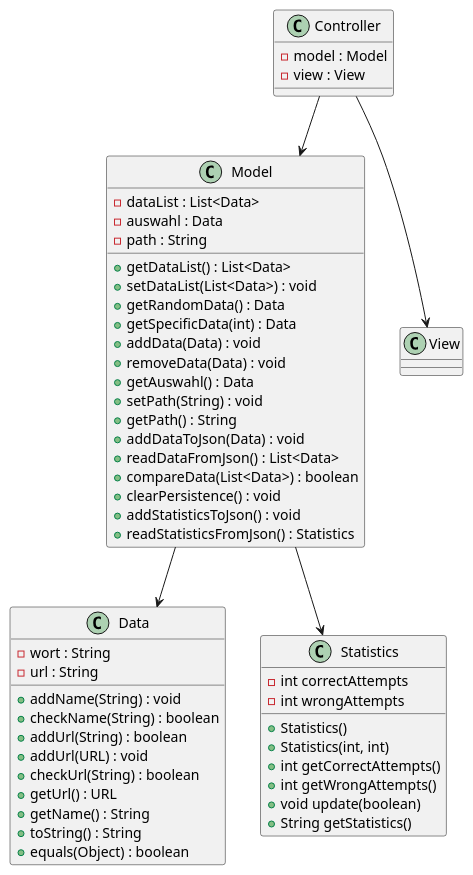
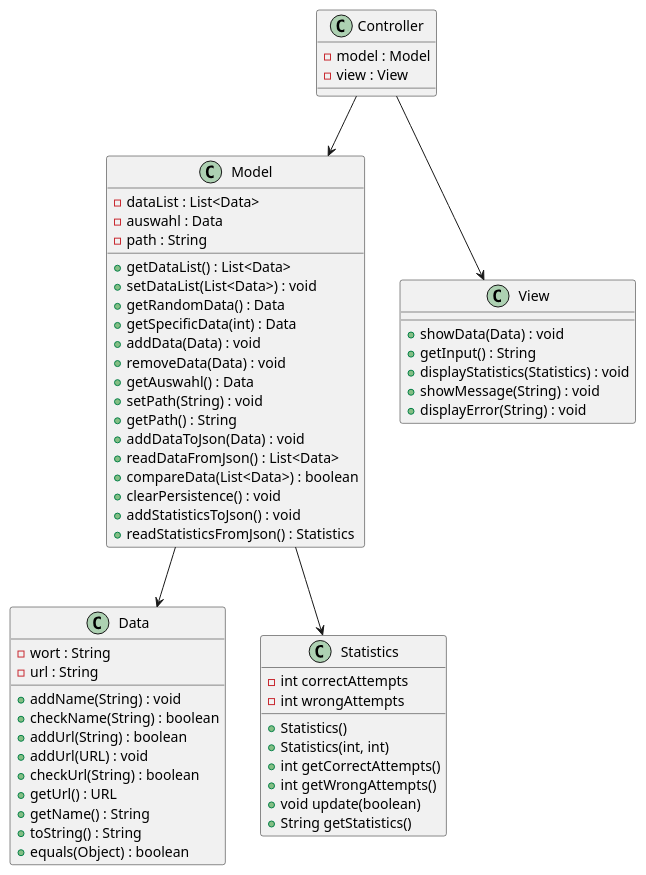
The diagram in worttrainer-reloaded.puml (TGM-HIT/sew9-2425-worttrainer-kbau3r), drawn with PlantUML before and after one commit.

Commit message:
View UML finished

```diff
--- a/worttrainer-reloaded.puml
+++ b/worttrainer-reloaded.puml
@@ -1,63 +1,68 @@
 @startuml
 'title: Worttrainer Reloaded - kbauer'
 
 class Model {
   -dataList : List<Data>
   -auswahl : Data
   -path : String
   +getDataList() : List<Data>
   +setDataList(List<Data>) : void
   +getRandomData() : Data
   +getSpecificData(int) : Data
   +addData(Data) : void
   +removeData(Data) : void
   +getAuswahl() : Data
   +setPath(String) : void
   +getPath() : String
   +addDataToJson(Data) : void
   +readDataFromJson() : List<Data>
   +compareData(List<Data>) : boolean
   +clearPersistence() : void
   +addStatisticsToJson() : void
   +readStatisticsFromJson() : Statistics
 }
 
 class Data {
   -wort : String
   -url : String
   +addName(String) : void
   +checkName(String) : boolean
   +addUrl(String) : boolean
   +addUrl(URL) : void
   +checkUrl(String) : boolean
   +getUrl() : URL
   +getName() : String
   +toString() : String
   +equals(Object) : boolean
 }
 
 class Statistics {
   - int correctAttempts
   - int wrongAttempts
   + Statistics()
   + Statistics(int, int)
   + int getCorrectAttempts()
   + int getWrongAttempts()
   + void update(boolean)
   + String getStatistics()
 }
 
 class View {
+  + showData(Data) : void
+  + getInput() : String
+  + displayStatistics(Statistics) : void
+  + showMessage(String) : void
+  + displayError(String) : void
 }
 
 class Controller {
   -model : Model
   -view : View
 }
 
 Controller --> Model
 Controller --> View
 Model --> Data
 Model --> Statistics
 
 @enduml
```
